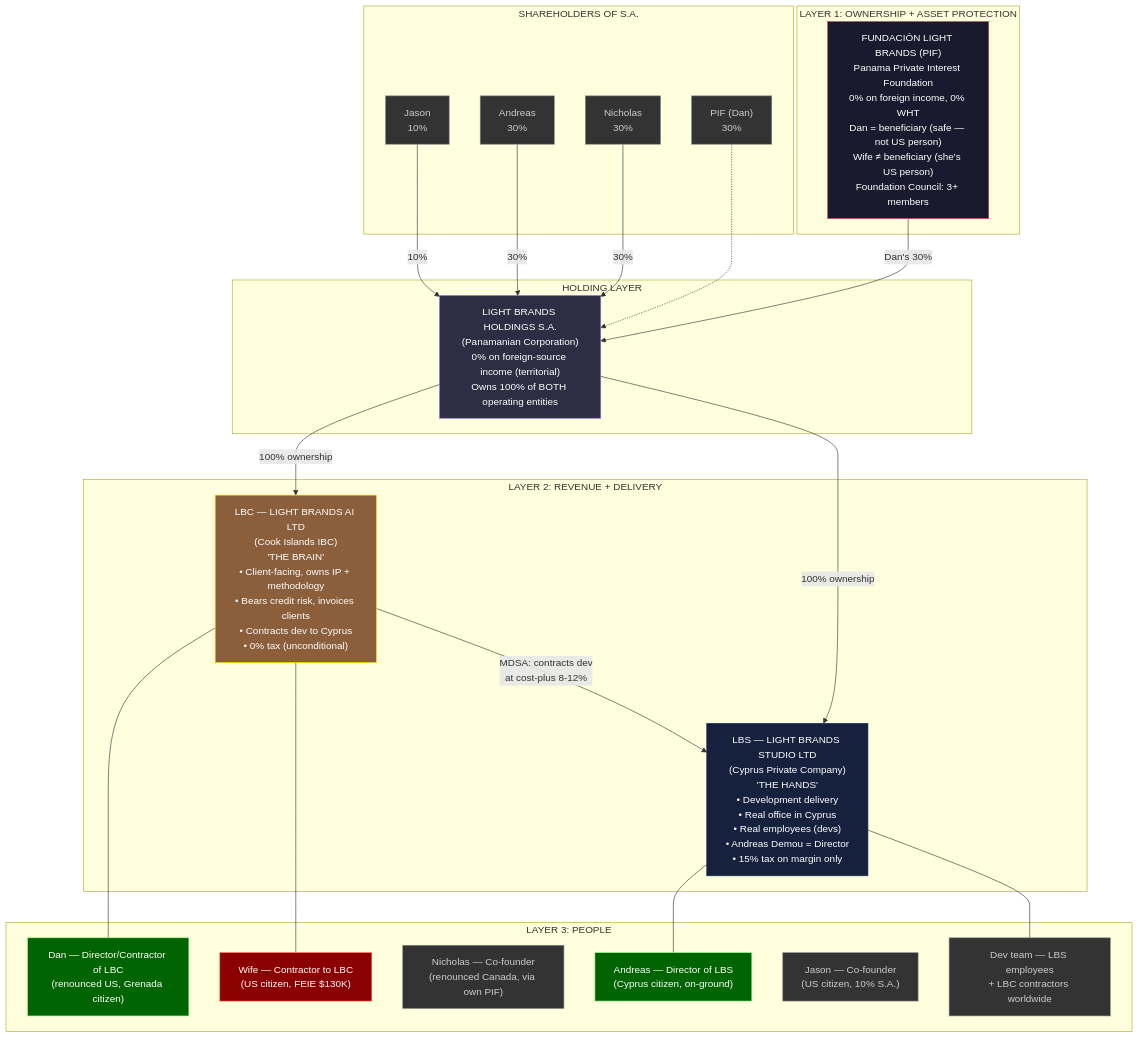
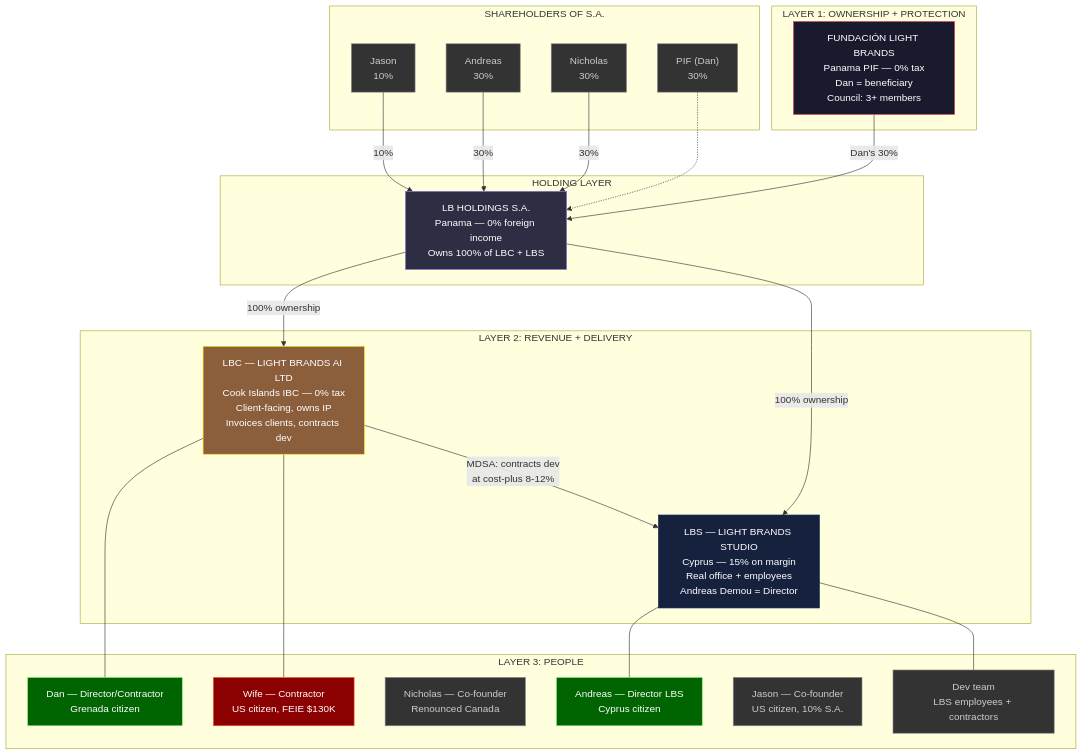
Before and after one commit to Light-Brands/epic-center: the fourth of 9 diagrams in docs/tax-structure/light-brands/13-DAN-EXIT-US-AND-LB-SIMPLIFIED-STRUCTURE.md, drawn with Mermaid. The commit also changed other lines of this file and 1 other file, not shown here.

First line of the commit message:
Trim mermaid diagram text to fit within node boundaries

````diff
--- a/docs/tax-structure/light-brands/13-DAN-EXIT-US-AND-LB-SIMPLIFIED-STRUCTURE.md
+++ b/docs/tax-structure/light-brands/13-DAN-EXIT-US-AND-LB-SIMPLIFIED-STRUCTURE.md
@@ -387,63 +387,63 @@
 ```mermaid
 graph TB
-    subgraph "LAYER 1: OWNERSHIP + ASSET PROTECTION"
-        PIF["FUNDACIÓN LIGHT BRANDS (PIF)<br/>Panama Private Interest Foundation<br/>0% on foreign income, 0% WHT<br/>Dan = beneficiary (safe — not US person)<br/>Wife ≠ beneficiary (she's US person)<br/>Foundation Council: 3+ members"]
+    subgraph "LAYER 1: OWNERSHIP + PROTECTION"
+        PIF["FUNDACIÓN LIGHT BRANDS<br/>Panama PIF — 0% tax<br/>Dan = beneficiary<br/>Council: 3+ members"]
     end
 
     subgraph "HOLDING LAYER"
-        SA["LIGHT BRANDS HOLDINGS S.A.<br/>(Panamanian Corporation)<br/>0% on foreign-source income (territorial)<br/>Owns 100% of BOTH operating entities"]
+        SA["LB HOLDINGS S.A.<br/>Panama — 0% foreign income<br/>Owns 100% of LBC + LBS"]
     end
 
     subgraph "SHAREHOLDERS OF S.A."
         DAN_PIF["PIF (Dan)<br/>30%"]
         NICH["Nicholas<br/>30%"]
         ANDREAS_EQ["Andreas<br/>30%"]
         JASON_EQ["Jason<br/>10%"]
     end
 
     subgraph "LAYER 2: REVENUE + DELIVERY"
-        LBC["LBC — LIGHT BRANDS AI LTD<br/>(Cook Islands IBC)<br/>'THE BRAIN'<br/>• Client-facing, owns IP + methodology<br/>• Bears credit risk, invoices clients<br/>• Contracts dev to Cyprus<br/>• 0% tax (unconditional)"]
+        LBC["LBC — LIGHT BRANDS AI LTD<br/>Cook Islands IBC — 0% tax<br/>Client-facing, owns IP<br/>Invoices clients, contracts dev"]
 
-        LBS["LBS — LIGHT BRANDS STUDIO LTD<br/>(Cyprus Private Company)<br/>'THE HANDS'<br/>• Development delivery<br/>• Real office in Cyprus<br/>• Real employees (devs)<br/>• Andreas Demou = Director<br/>• 15% tax on margin only"]
+        LBS["LBS — LIGHT BRANDS STUDIO<br/>Cyprus — 15% on margin<br/>Real office + employees<br/>Andreas Demou = Director"]
     end
 
     subgraph "LAYER 3: PEOPLE"
-        DAN_P["Dan — Director/Contractor of LBC<br/>(renounced US, Grenada citizen)"]
-        WIFE["Wife — Contractor to LBC<br/>(US citizen, FEIE $130K)"]
-        NICH_P["Nicholas — Co-founder<br/>(renounced Canada, via own PIF)"]
-        ANDREAS_P["Andreas — Director of LBS<br/>(Cyprus citizen, on-ground)"]
-        JASON_P["Jason — Co-founder<br/>(US citizen, 10% S.A.)"]
-        DEVS["Dev team — LBS employees<br/>+ LBC contractors worldwide"]
+        DAN_P["Dan — Director/Contractor<br/>Grenada citizen"]
+        WIFE["Wife — Contractor<br/>US citizen, FEIE $130K"]
+        NICH_P["Nicholas — Co-founder<br/>Renounced Canada"]
+        ANDREAS_P["Andreas — Director LBS<br/>Cyprus citizen"]
+        JASON_P["Jason — Co-founder<br/>US citizen, 10% S.A."]
+        DEVS["Dev team<br/>LBS employees + contractors"]
     end
 
     PIF -->|"Dan's 30%"| SA
     DAN_PIF -.-> SA
     NICH -->|"30%"| SA
     ANDREAS_EQ -->|"30%"| SA
     JASON_EQ -->|"10%"| SA
 
     SA -->|"100% ownership"| LBC
     SA -->|"100% ownership"| LBS
 
     LBC -->|"MDSA: contracts dev<br/>at cost-plus 8-12%"| LBS
 
     LBC --- DAN_P
     LBC --- WIFE
     LBS --- ANDREAS_P
     LBS --- DEVS
 
     style PIF fill:#1a1a2e,stroke:#e94560,color:#fff
     style SA fill:#2d2d44,stroke:#9370db,color:#fff
     style LBC fill:#8b5e3c,stroke:#ffd700,color:#fff
     style LBS fill:#16213e,stroke:#0f3460,color:#fff
     style DAN_P fill:#006400,stroke:#90ee90,color:#fff
     style WIFE fill:#8b0000,stroke:#ff6347,color:#fff
     style ANDREAS_P fill:#006400,stroke:#90ee90,color:#fff
     style DEVS fill:#333,stroke:#888,color:#ccc
     style DAN_PIF fill:#333,stroke:#888,color:#ccc
     style NICH fill:#333,stroke:#888,color:#ccc
     style ANDREAS_EQ fill:#333,stroke:#888,color:#ccc
     style JASON_EQ fill:#333,stroke:#888,color:#ccc
     style NICH_P fill:#333,stroke:#888,color:#ccc
     style JASON_P fill:#333,stroke:#888,color:#ccc
 ```
````
